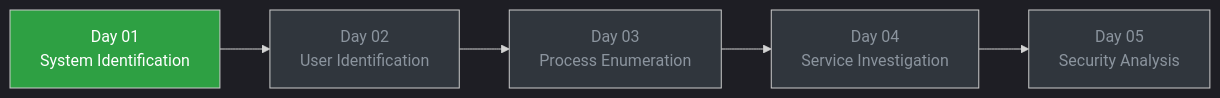
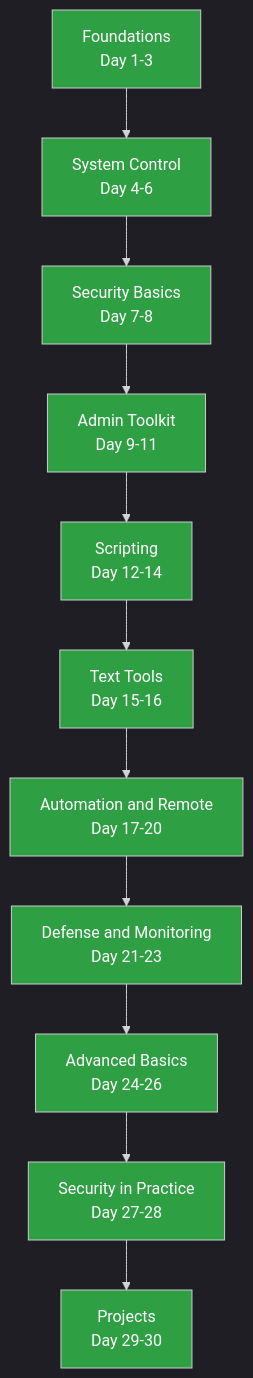
Before and after one commit to Jeetendra-sanatani/linux-learning-journey: the second of 2 diagrams in README.md, drawn with Mermaid. The commit also changed other lines of this file, not shown here.

````diff
--- a/README.md
+++ b/README.md
@@ -209,14 +53,26 @@
 ```mermaid
 %%{init: {'theme':'dark'}}%%
-flowchart LR
-    A[Day 01<br/>System Identification] --> B[Day 02<br/>User Identification]
-    B --> C[Day 03<br/>Process Enumeration]
-    C --> D[Day 04<br/>Service Investigation]
-    D --> E[Day 05<br/>Security Analysis]
+flowchart TD
+    A[Foundations<br/>Day 1-3] --> B[System Control<br/>Day 4-6]
+    B --> C[Security Basics<br/>Day 7-8]
+    C --> D[Admin Toolkit<br/>Day 9-11]
+    D --> E[Scripting<br/>Day 12-14]
+    E --> F[Text Tools<br/>Day 15-16]
+    F --> G[Automation and Remote<br/>Day 17-20]
+    G --> H[Defense and Monitoring<br/>Day 21-23]
+    H --> I[Advanced Basics<br/>Day 24-26]
+    I --> J[Security in Practice<br/>Day 27-28]
+    J --> K[Projects<br/>Day 29-30]
 
     style A fill:#2ea043,color:#fff
-    style B fill:#30363d,color:#8b949e
-    style C fill:#30363d,color:#8b949e
-    style D fill:#30363d,color:#8b949e
-    style E fill:#30363d,color:#8b949e
+    style B fill:#2ea043,color:#fff
+    style C fill:#2ea043,color:#fff
+    style D fill:#2ea043,color:#fff
+    style E fill:#2ea043,color:#fff
+    style F fill:#2ea043,color:#fff
+    style G fill:#2ea043,color:#fff
+    style H fill:#2ea043,color:#fff
+    style I fill:#2ea043,color:#fff
+    style J fill:#2ea043,color:#fff
+    style K fill:#2ea043,color:#fff
 ```
````
